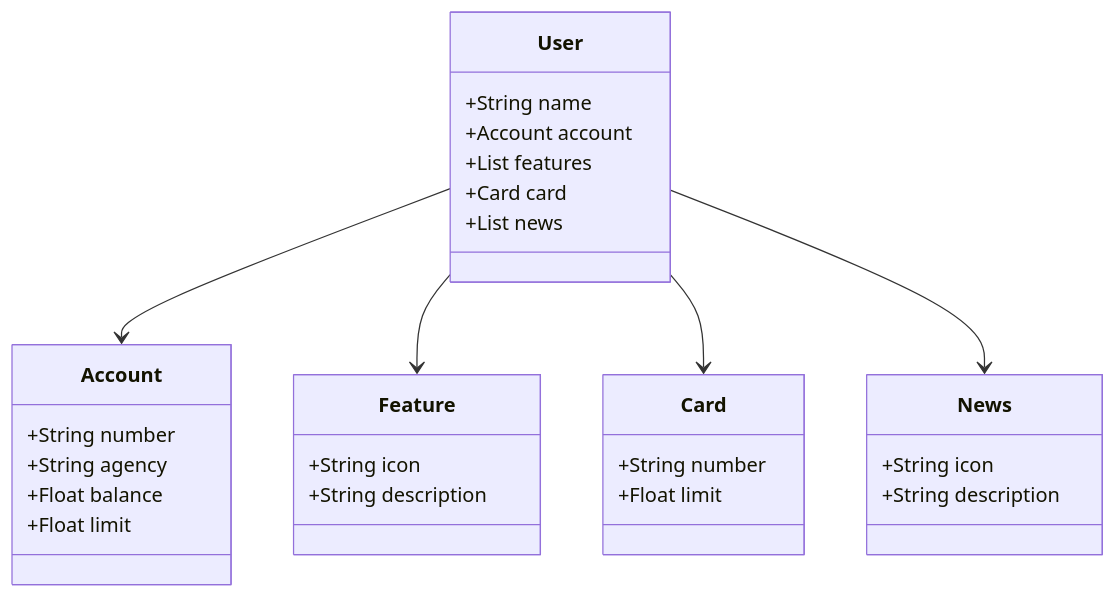
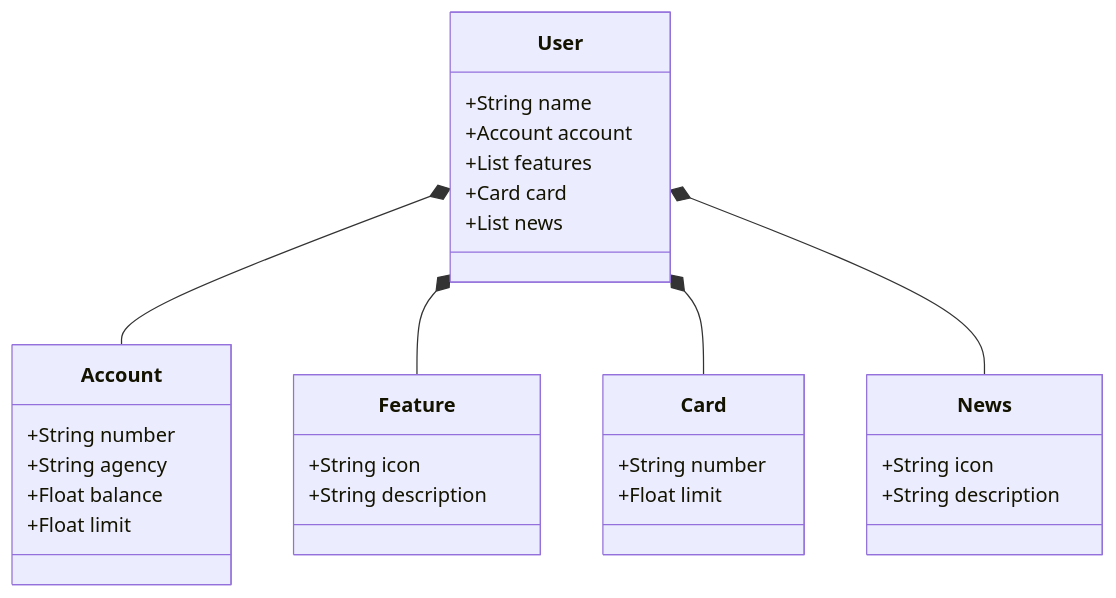
The diagram in README.md (RogerioRSilva/ApiRestFul_Modelo), drawn with Mermaid before and after one commit.

````diff
--- a/README.md
+++ b/README.md
@@ -11,38 +11,38 @@
 ```mermaid
 classDiagram
     class User {
         +String name
         +Account account
         +List<Feature> features
         +Card card
         +List<News> news
     }
 
     class Account {
         +String number
         +String agency
         +Float balance
         +Float limit
     }
 
     class Feature {
         +String icon
         +String description
     }
 
     class Card {
         +String number
         +Float limit
     }
 
     class News {
         +String icon
         +String description
     }
 
-    User --> Account
-    User --> Feature
-    User --> Card
-    User --> News
+    User *-- Account
+    User *-- Feature
+    User *-- Card
+    User *-- News
 
 ```
````
